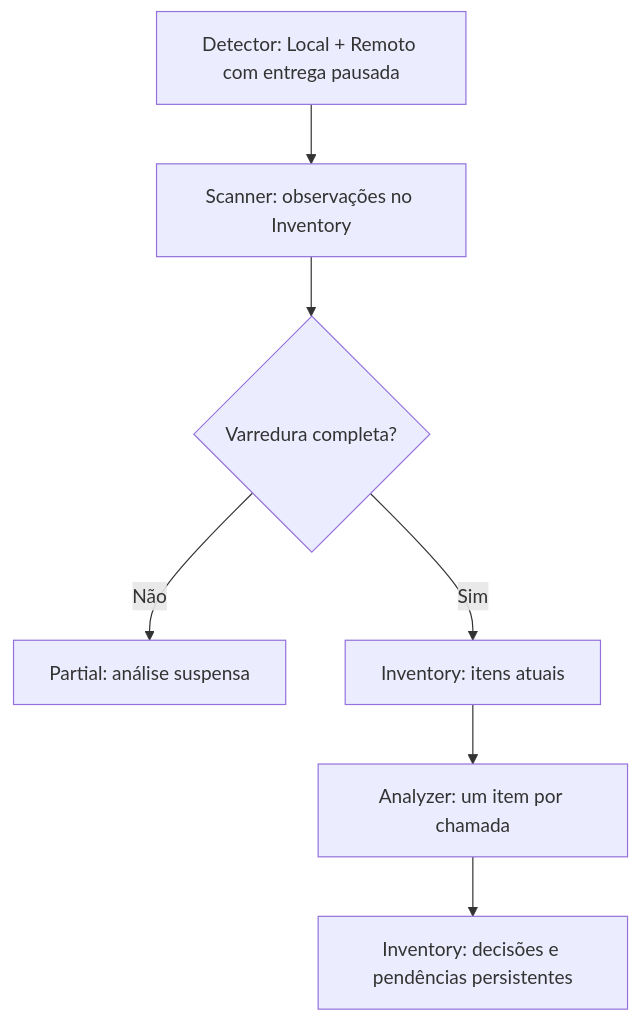
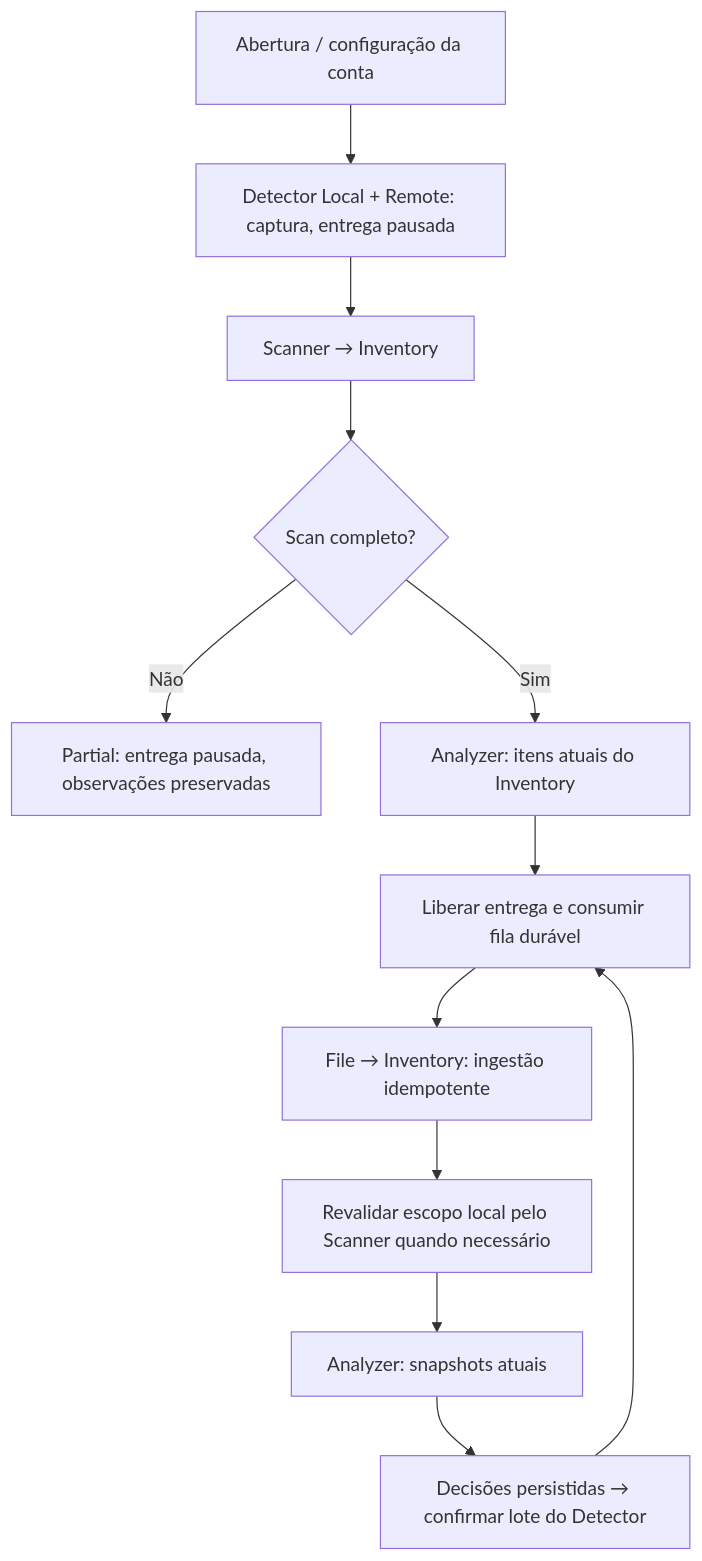
Before and after one commit to rafatosta/drivesync: the diagram in docs/engine/orchestrator/README.md, drawn with Mermaid. The commit also changed other lines of this file and 15 other files, not shown here.

````diff
--- a/docs/engine/orchestrator/README.md
+++ b/docs/engine/orchestrator/README.md
@@ -8,9 +8,14 @@
 ```mermaid
 flowchart TD
-  D["Detector: Local + Remoto com entrega pausada"] --> S["Scanner: observações no Inventory"]
-  S --> C{"Varredura completa?"}
-  C -->|Não| P["Partial: análise suspensa"]
-  C -->|Sim| I["Inventory: itens atuais"]
-  I --> A["Analyzer: um item por chamada"]
-  A --> R["Inventory: decisões e pendências persistentes"]
+  A["Abertura / configuração da conta"] --> D["Detector Local + Remote: captura, entrega pausada"]
+  D --> S["Scanner → Inventory"]
+  S --> B{"Scan completo?"}
+  B -->|Não| P["Partial: entrega pausada, observações preservadas"]
+  B -->|Sim| I["Analyzer: itens atuais do Inventory"]
+  I --> R["Liberar entrega e consumir fila durável"]
+  R --> E["File → Inventory: ingestão idempotente"]
+  E --> C["Revalidar escopo local pelo Scanner quando necessário"]
+  C --> N["Analyzer: snapshots atuais"]
+  N --> K["Decisões persistidas → confirmar lote do Detector"]
+  K --> R
 ```
````
